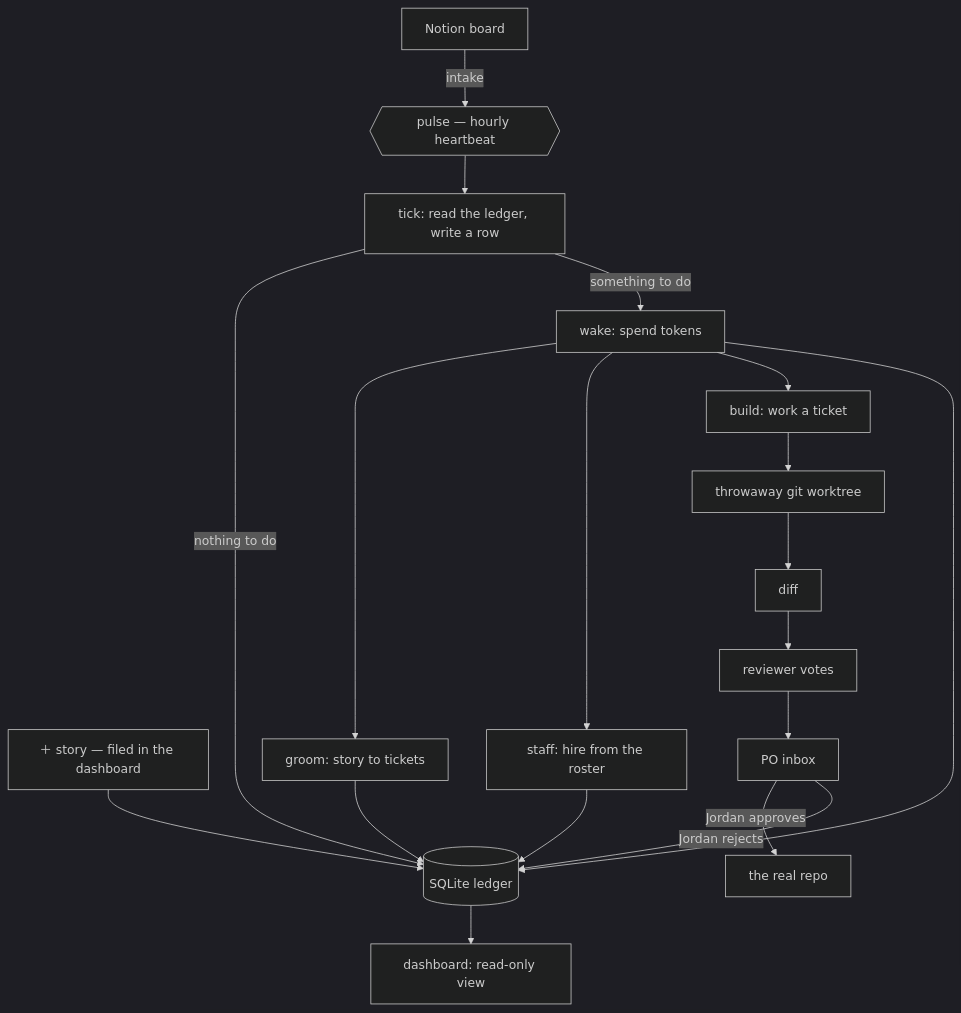
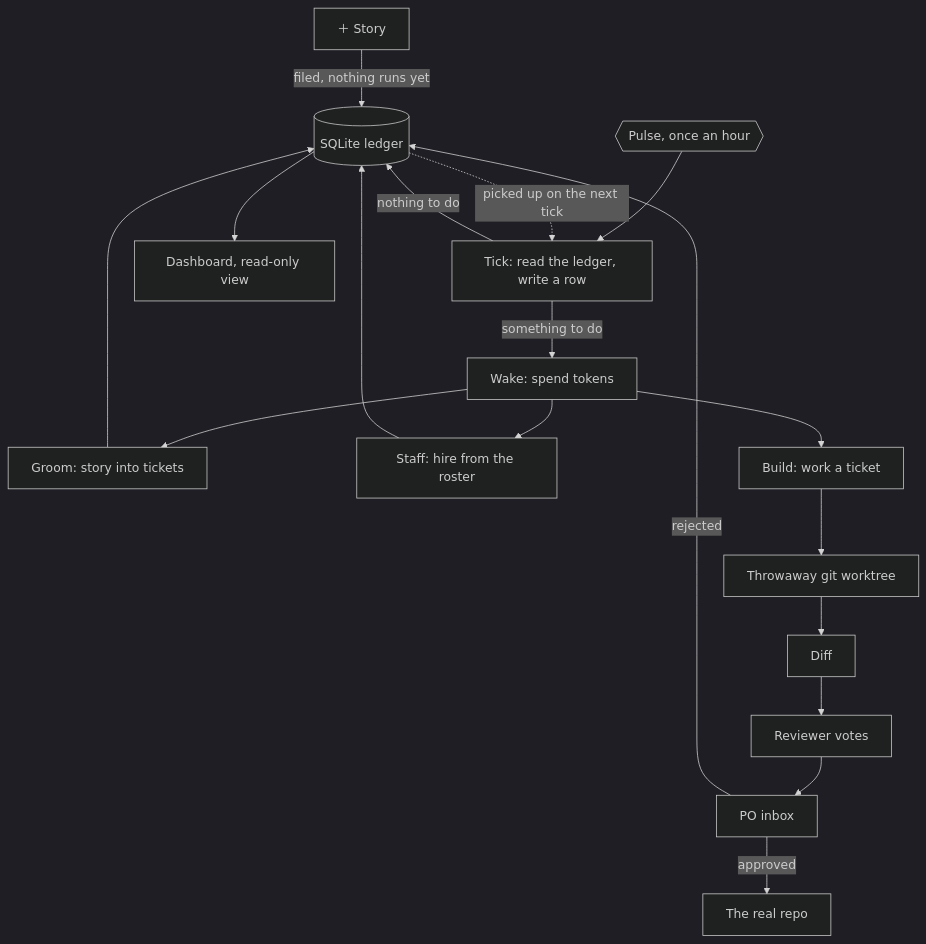
Before and after one commit to GoodTimesPM/colony-dash: the diagram in README.md, drawn with Mermaid (dark theme). The commit also changed other lines of this file and 41 other files, not shown here.

````diff
--- a/README.md
+++ b/README.md
@@ -35,24 +37,24 @@
 ```mermaid
 flowchart TD
-    N[Notion board] -->|intake| P
-    F["＋ story — filed in the dashboard"] --> L
-    P{{"pulse — hourly heartbeat"}} --> T[tick: read the ledger, write a row]
-    T -->|nothing to do| L[(SQLite ledger)]
-    T -->|something to do| W[wake: spend tokens]
+    F["＋ Story"] -->|"filed, nothing runs yet"| L[("SQLite ledger")]
+    P{{"Pulse, once an hour"}} --> T["Tick: read the ledger, write a row"]
+    L -.->|"picked up on the next tick"| T
+    T -->|"nothing to do"| L
+    T -->|"something to do"| W["Wake: spend tokens"]
 
-    W --> G[groom: story to tickets]
-    W --> S[staff: hire from the roster]
-    W --> B[build: work a ticket]
-
-    B --> WT[throwaway git worktree]
-    WT --> D[diff]
-    D --> R[reviewer votes]
-    R --> I[PO inbox]
-    I -->|Jordan approves| REPO[the real repo]
-    I -->|Jordan rejects| L
+    W --> G["Groom: story into tickets"]
+    W --> S["Staff: hire from the roster"]
+    W --> B["Build: work a ticket"]
 
     G --> L
     S --> L
-    W --> L
-    L --> DASH[dashboard: read-only view]
+
+    B --> WT["Throwaway git worktree"]
+    WT --> D["Diff"]
+    D --> R["Reviewer votes"]
+    R --> I["PO inbox"]
+    I -->|"approved"| REPO["The real repo"]
+    I -->|"rejected"| L
+
+    L --> DASH["Dashboard, read-only view"]
 ```
````
